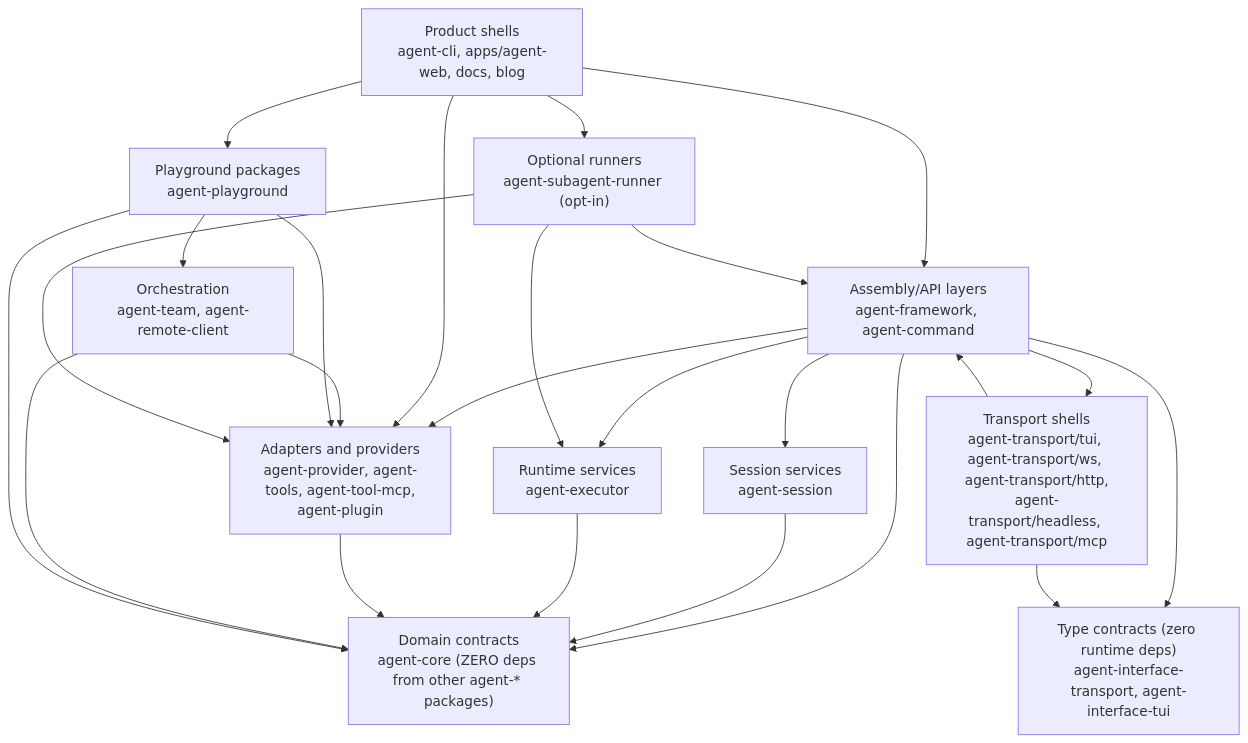
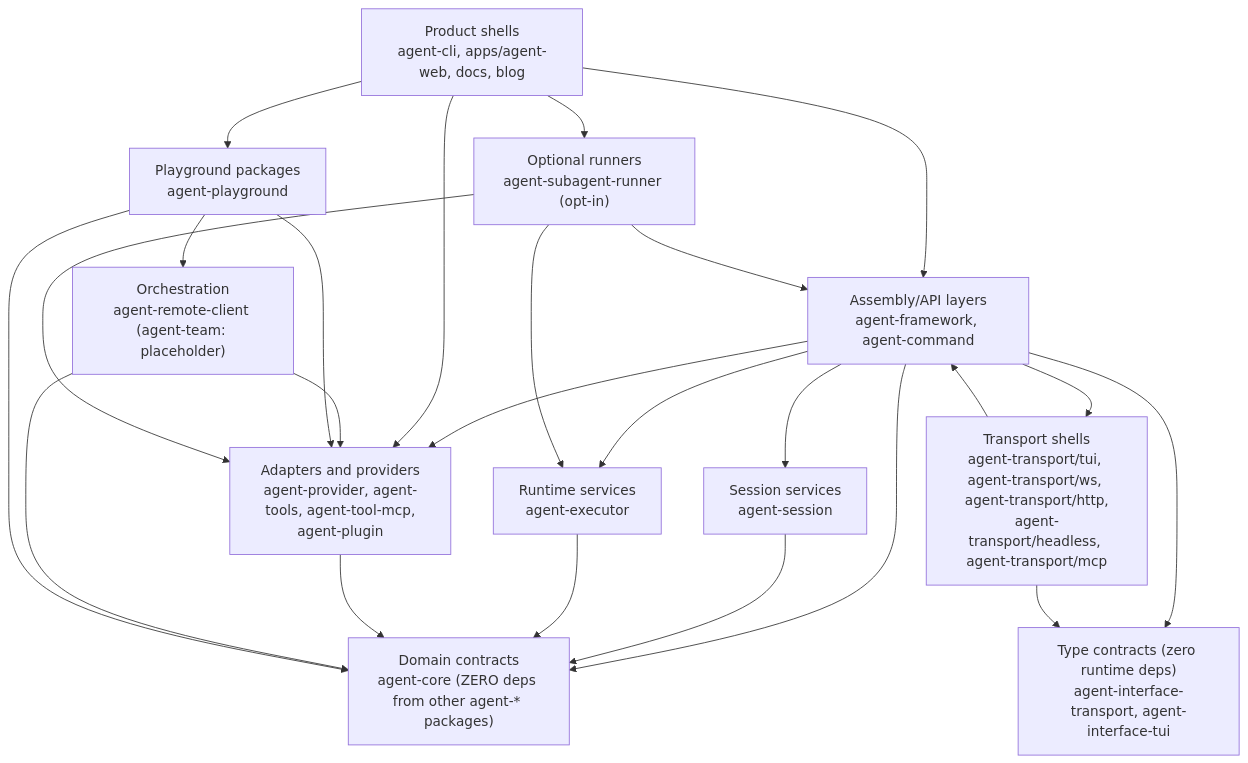
The diagram in .agents/specs/architecture-map/dependency-direction.md (woojubb/robota), drawn with Mermaid before and after one commit. The commit also changed other lines of this file and 2 other files, not shown here.

First line of the commit message:
chore(arch): mark agent-team as placeholder in arch map diagrams (#532)

````diff
--- a/.agents/specs/architecture-map/dependency-direction.md
+++ b/.agents/specs/architecture-map/dependency-direction.md
@@ -9,38 +9,38 @@
 ```mermaid
 flowchart TD
   ProductShells["Product shells\nagent-cli, apps/agent-web, docs, blog"]
   Assembly["Assembly/API layers\nagent-framework, agent-command"]
   TransportShells["Transport shells\nagent-transport/tui, agent-transport/ws, agent-transport/http,\nagent-transport/headless, agent-transport/mcp"]
-  Orchestration["Orchestration\nagent-team, agent-remote-client"]
+  Orchestration["Orchestration\nagent-remote-client (agent-team: placeholder)"]
   Playground["Playground packages\nagent-playground"]
   Sessions["Session services\nagent-session"]
   Executor["Runtime services\nagent-executor"]
   TypeContracts["Type contracts (zero runtime deps)\nagent-interface-transport, agent-interface-tui"]
   Domain["Domain contracts\nagent-core (ZERO deps from other agent-* packages)"]
   Adapters["Adapters and providers\nagent-provider, agent-tools, agent-tool-mcp,\nagent-plugin"]
   OptIn["Optional runners\nagent-subagent-runner (opt-in)"]
 
   ProductShells --> Assembly
   ProductShells --> Playground
   Assembly --> Sessions
   Assembly --> Executor
   Assembly --> Domain
   Assembly --> TypeContracts
   Sessions --> Domain
   Executor --> Domain
   Assembly --> Adapters
   ProductShells --> Adapters
   ProductShells --> OptIn
   Adapters --> Domain
   TransportShells --> Assembly
   TransportShells --> TypeContracts
   Assembly --> TransportShells
   Orchestration --> Domain
   Orchestration --> Adapters
   Playground --> Orchestration
   Playground --> Adapters
   Playground --> Domain
   OptIn --> Assembly
   OptIn --> Executor
   OptIn --> Adapters
 ```
````
